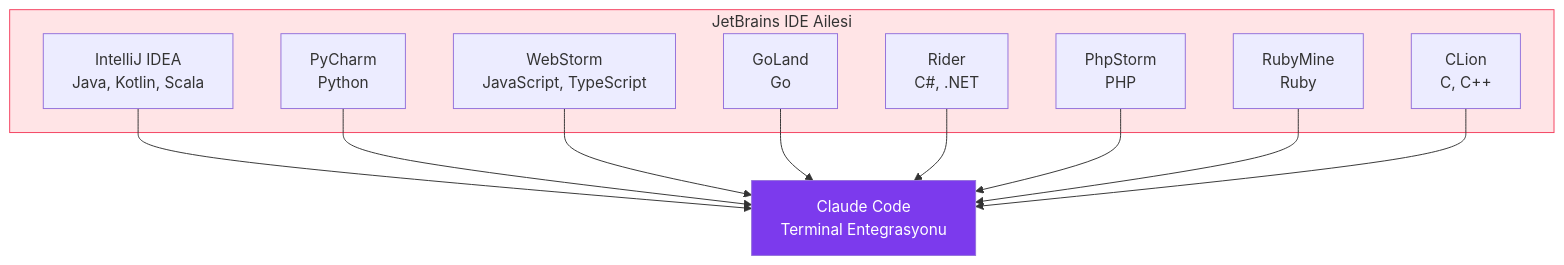
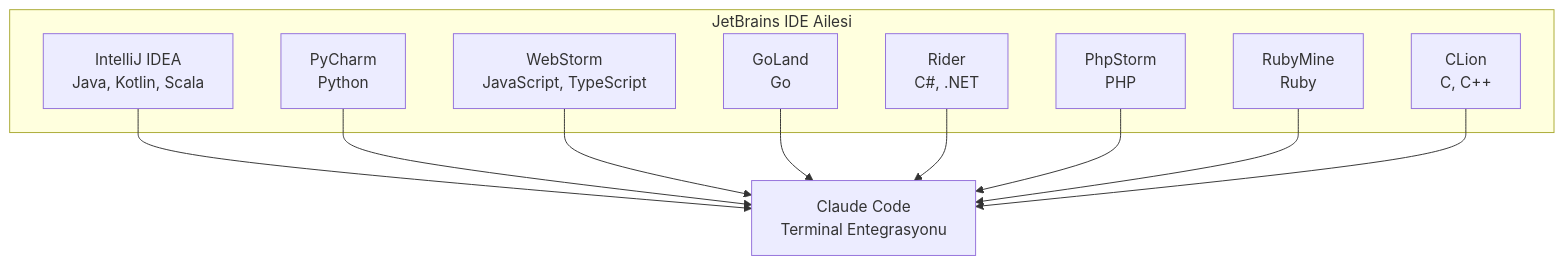
The first of 5 diagrams in 15-entegrasyonlar/02-jetbrains-entegrasyonu.md (IzzetYasinAtes/ClaudeCodeHandbook), drawn with Mermaid before and after one commit. The commit also changed other lines of this file and 97 other files, not shown here.

Commit message:
Remove all custom Mermaid style/fill colors from 98 markdown files for consistent dark theme rendering

````diff
--- a/15-entegrasyonlar/02-jetbrains-entegrasyonu.md
+++ b/15-entegrasyonlar/02-jetbrains-entegrasyonu.md
@@ -17,27 +17,25 @@
 ```mermaid
 flowchart TB
     subgraph jetbrains ["JetBrains IDE Ailesi"]
         IJ["IntelliJ IDEA<br/>Java, Kotlin, Scala"]
         PC["PyCharm<br/>Python"]
         WS["WebStorm<br/>JavaScript, TypeScript"]
         GL["GoLand<br/>Go"]
         RD["Rider<br/>C#, .NET"]
         PH["PhpStorm<br/>PHP"]
         RB["RubyMine<br/>Ruby"]
         CL["CLion<br/>C, C++"]
     end
 
     CC["Claude Code<br/>Terminal Entegrasyonu"]
 
     IJ --> CC
     PC --> CC
     WS --> CC
     GL --> CC
     RD --> CC
     PH --> CC
     RB --> CC
     CL --> CC
 
-    style CC fill:#7C3AED,color:#fff
-    style jetbrains fill:#FFE4E6,stroke:#F43F5E
 ```
````
